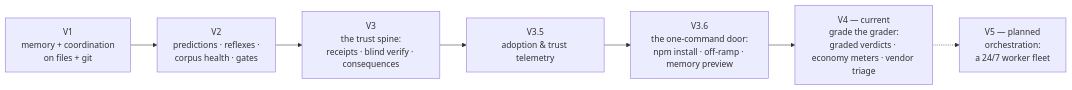
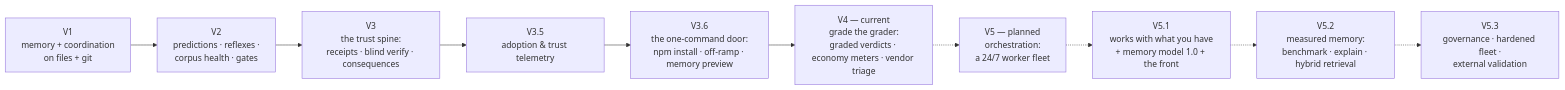
The diagram in ROADMAP.md (sma-framework/sma), drawn with Mermaid before and after one commit. The commit also changed other lines of this file and 14 other files, not shown here.

````diff
--- a/ROADMAP.md
+++ b/ROADMAP.md
@@ -9,9 +9,12 @@
 ```mermaid
 flowchart LR
     V1["V1<br>memory + coordination<br>on files + git"] --> V2["V2<br>predictions · reflexes ·<br>corpus health · gates"]
     V2 --> V3["V3<br>the trust spine:<br>receipts · blind verify · consequences"]
     V3 --> V35["V3.5<br>adoption & trust telemetry"]
     V35 --> V36["V3.6<br>the one-command door:<br>npm install · off-ramp · memory preview"]
     V36 --> V4["V4 — current<br>grade the grader:<br>graded verdicts · economy meters · vendor triage"]
     V4 -.-> V5["V5 — planned<br>orchestration:<br>a 24/7 worker fleet"]
+    V5 -.-> V51["V5.1<br>works with what you have<br>+ memory model 1.0 + the front"]
+    V51 -.-> V52["V5.2<br>measured memory:<br>benchmark · explain · hybrid retrieval"]
+    V52 -.-> V53["V5.3<br>governance · hardened fleet ·<br>external validation"]
 ```
````
